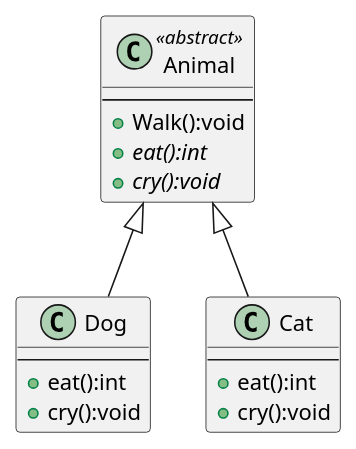
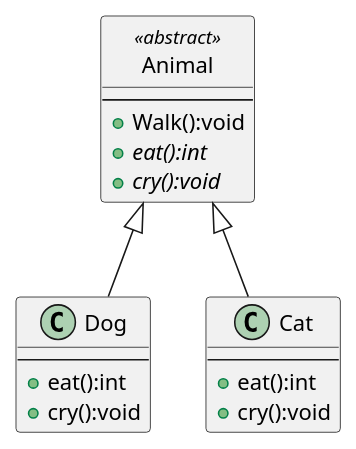
One commit to yoshiokaharuto/uml-introduction changed the diagram in 図3-5_抽象化.pu. Above: the diagram before and after it, drawn with PlantUML. The commit also changed 2 other files, not shown here.

Commit message:
例題図の作成

```diff
--- a/図3-5_抽象化.pu
+++ b/図3-5_抽象化.pu
@@ -1,21 +1,23 @@
 @startuml 図3-5_抽象化
 
     class Animal <<abstract>> {
         ---
 + Walk():void
 + {abstract} eat():int
 + {abstract} cry():void
 }
 class Dog {
 ---
 + eat():int
 + cry():void
 }
 class Cat {
 ---
 + eat():int
 + cry():void
 }
 Animal <|-down- Dog
 Animal <|-down- Cat
+
+hide Animal circle
 @enduml
```
